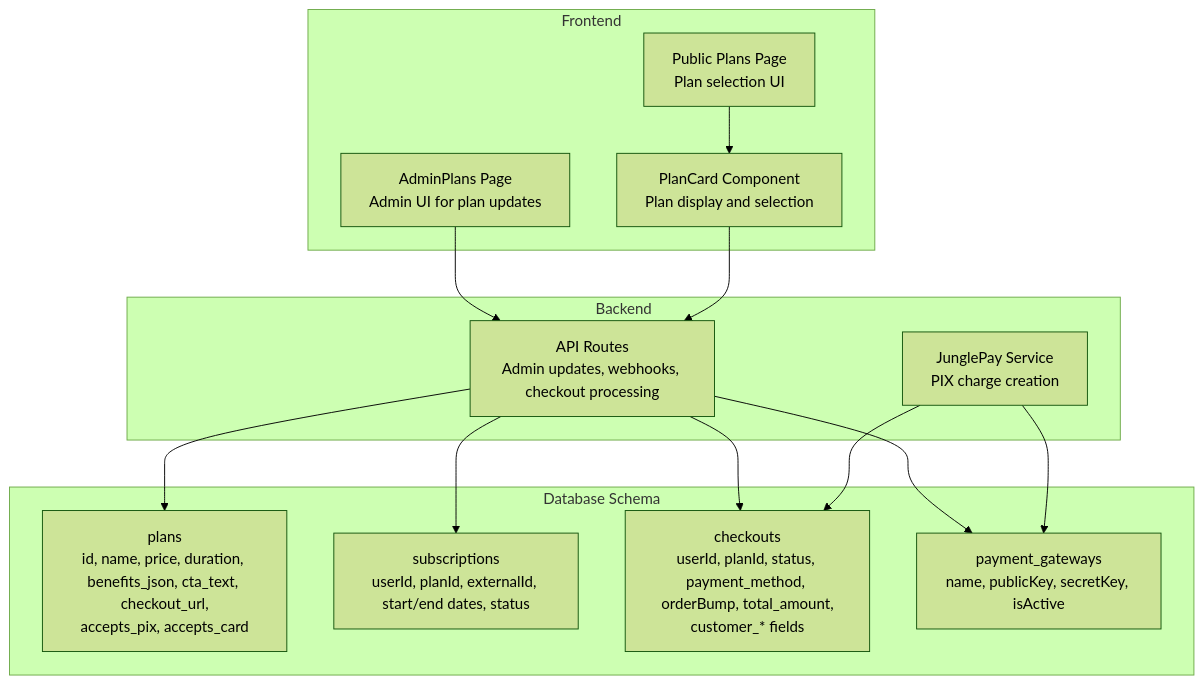
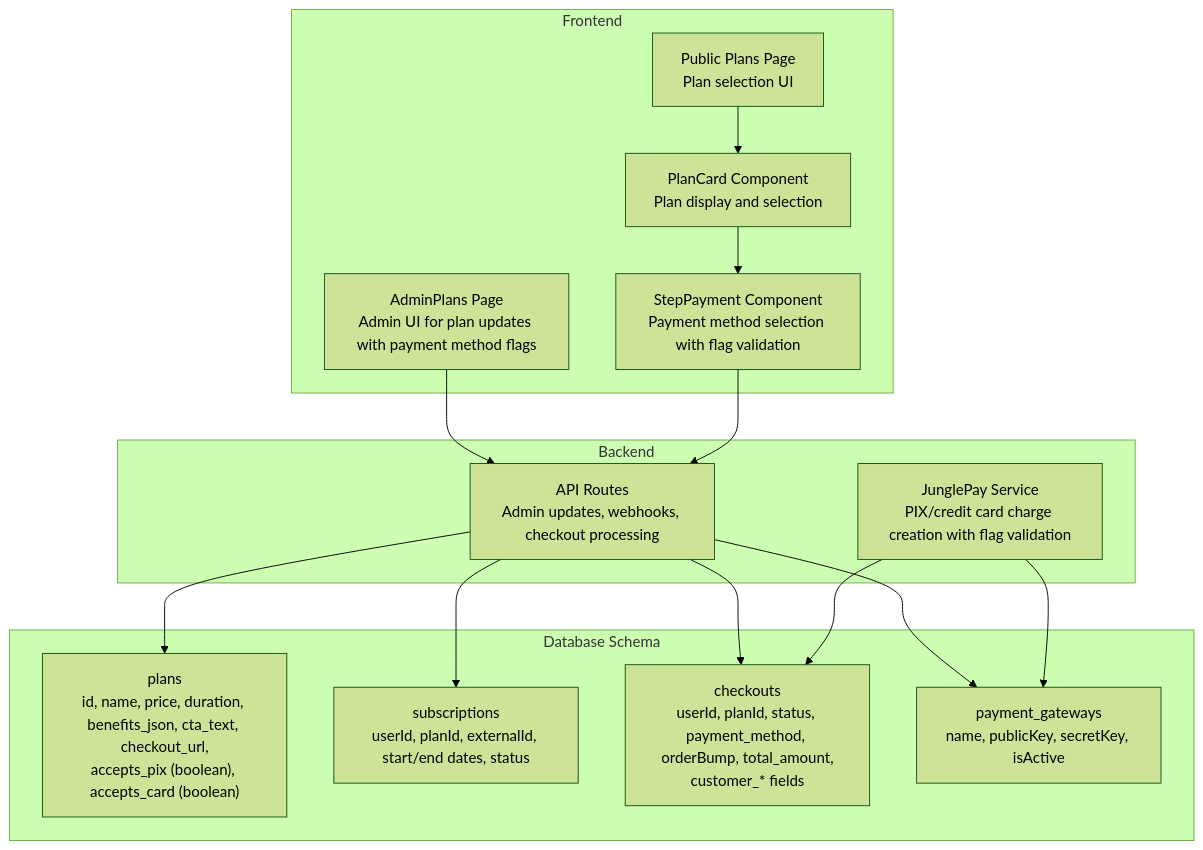
One commit to eromedrive2tb-gif/Avitrine changed the first of 5 diagrams in .qoder/repowiki/en/content/Database Design/Core Data Models/Plans Model.md. Above: the diagram before and after it, drawn with Mermaid (forest theme). The commit also changed other lines of this file and 18 other files, not shown here.

````diff
--- a/.qoder/repowiki/en/content/Database Design/Core Data Models/Plans Model.md
+++ b/.qoder/repowiki/en/content/Database Design/Core Data Models/Plans Model.md
@@ -39,27 +48,29 @@
 ```mermaid
 graph TB
 subgraph "Database Schema"
-PLANS["plans<br/>id, name, price, duration, benefits_json, cta_text, checkout_url,<br/>accepts_pix, accepts_card"]
+PLANS["plans<br/>id, name, price, duration, benefits_json, cta_text, checkout_url,<br/>accepts_pix (boolean), accepts_card (boolean)"]
 SUBSCRIPTIONS["subscriptions<br/>userId, planId, externalId, start/end dates, status"]
 CHECKOUTS["checkouts<br/>userId, planId, status, payment_method, orderBump, total_amount,<br/>customer_* fields"]
 PAYMENT_GATEWAYS["payment_gateways<br/>name, publicKey, secretKey, isActive"]
 end
 subgraph "Frontend"
-ADMIN_PLANS["AdminPlans Page<br/>Admin UI for plan updates"]
+ADMIN_PLANS["AdminPlans Page<br/>Admin UI for plan updates with payment method flags"]
 PUBLIC_PLANS["Public Plans Page<br/>Plan selection UI"]
 PLAN_CARD["PlanCard Component<br/>Plan display and selection"]
+STEP_PAYMENT["StepPayment Component<br/>Payment method selection with flag validation"]
 end
 subgraph "Backend"
 API["API Routes<br/>Admin updates, webhooks, checkout processing"]
-JUNGLEPAY["JunglePay Service<br/>PIX charge creation"]
+JUNGLEPAY["JunglePay Service<br/>PIX/credit card charge creation with flag validation"]
 end
 ADMIN_PLANS --> API
 PUBLIC_PLANS --> PLAN_CARD
-PLAN_CARD --> API
+PLAN_CARD --> STEP_PAYMENT
+STEP_PAYMENT --> API
 API --> PLANS
 API --> SUBSCRIPTIONS
 API --> CHECKOUTS
 API --> PAYMENT_GATEWAYS
 JUNGLEPAY --> PAYMENT_GATEWAYS
 JUNGLEPAY --> CHECKOUTS
 ```
````
